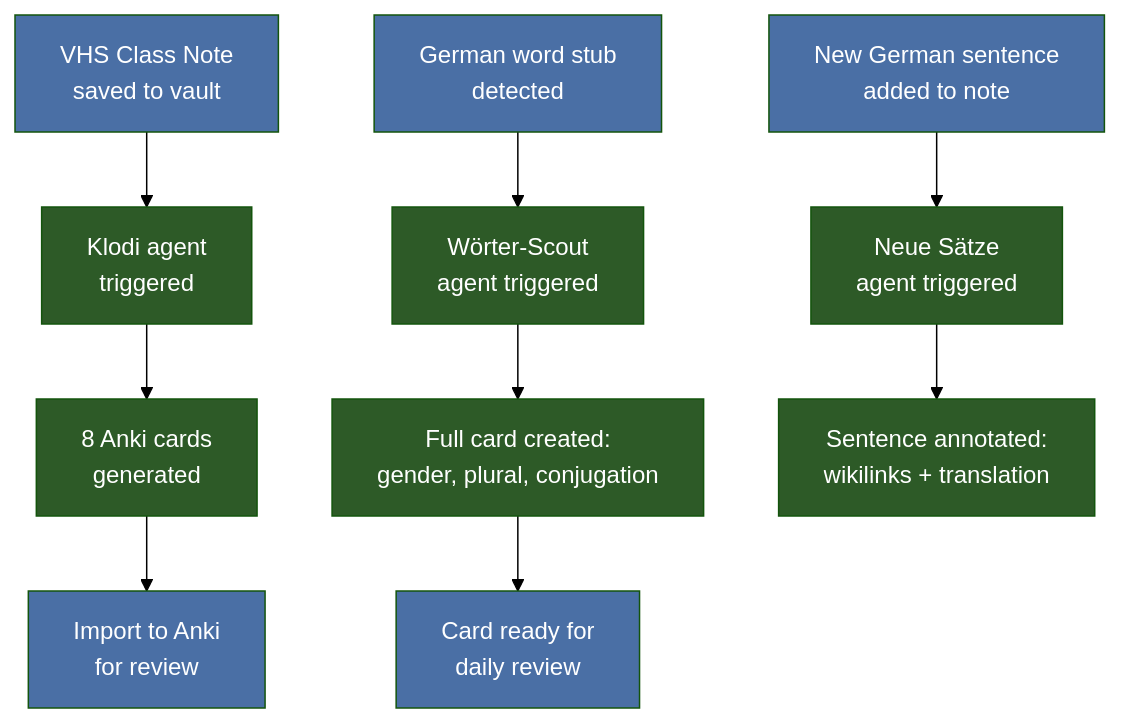
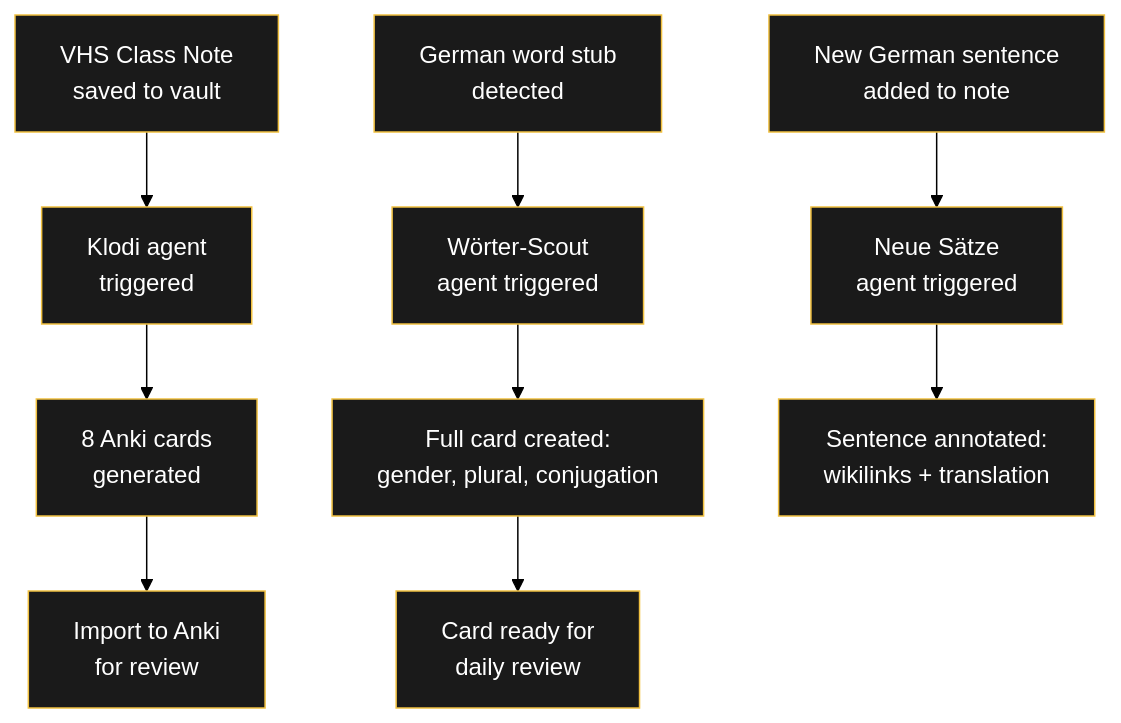
Before and after one commit to raulmina1/quartz-garden: the second of 3 diagrams in content/Projekte/Agent Shop.md, drawn with Mermaid (forest theme). The commit also changed other lines of this file and 13 other files, not shown here.

Commit message:
all 10 improvements: dark flowcharts, Plausible analytics, favicon, CNAME for domain, OG images already active

````diff
--- a/content/Projekte/Agent Shop.md
+++ b/content/Projekte/Agent Shop.md
@@ -81,25 +81,25 @@
 ```mermaid
 flowchart TD
     A[VHS Class Note<br/>saved to vault] --> B[Klodi agent<br/>triggered]
     B --> C[8 Anki cards<br/>generated]
     C --> D[Import to Anki<br/>for review]
     
     E[German word stub<br/>detected] --> F[Wörter-Scout<br/>agent triggered]
     F --> G[Full card created:<br/>gender, plural, conjugation]
     G --> H[Card ready for<br/>daily review]
     
     I[New German sentence<br/>added to note] --> J[Neue Sätze<br/>agent triggered]
     J --> K[Sentence annotated:<br/>wikilinks + translation]
     
-    style A fill:#4a6fa5,color:#fff
-    style B fill:#2d5a27,color:#fff
-    style C fill:#2d5a27,color:#fff
-    style D fill:#4a6fa5,color:#fff
-    style E fill:#4a6fa5,color:#fff
-    style F fill:#2d5a27,color:#fff
-    style G fill:#2d5a27,color:#fff
-    style H fill:#4a6fa5,color:#fff
-    style I fill:#4a6fa5,color:#fff
-    style J fill:#2d5a27,color:#fff
-    style K fill:#2d5a27,color:#fff
+    style A fill:#1a1a1a,stroke:#f0c040,color:#fff
+    style B fill:#1a1a1a,stroke:#f0c040,color:#fff
+    style C fill:#1a1a1a,stroke:#f0c040,color:#fff
+    style D fill:#1a1a1a,stroke:#f0c040,color:#fff
+    style E fill:#1a1a1a,stroke:#f0c040,color:#fff
+    style F fill:#1a1a1a,stroke:#f0c040,color:#fff
+    style G fill:#1a1a1a,stroke:#f0c040,color:#fff
+    style H fill:#1a1a1a,stroke:#f0c040,color:#fff
+    style I fill:#1a1a1a,stroke:#f0c040,color:#fff
+    style J fill:#1a1a1a,stroke:#f0c040,color:#fff
+    style K fill:#1a1a1a,stroke:#f0c040,color:#fff
 ```
````
